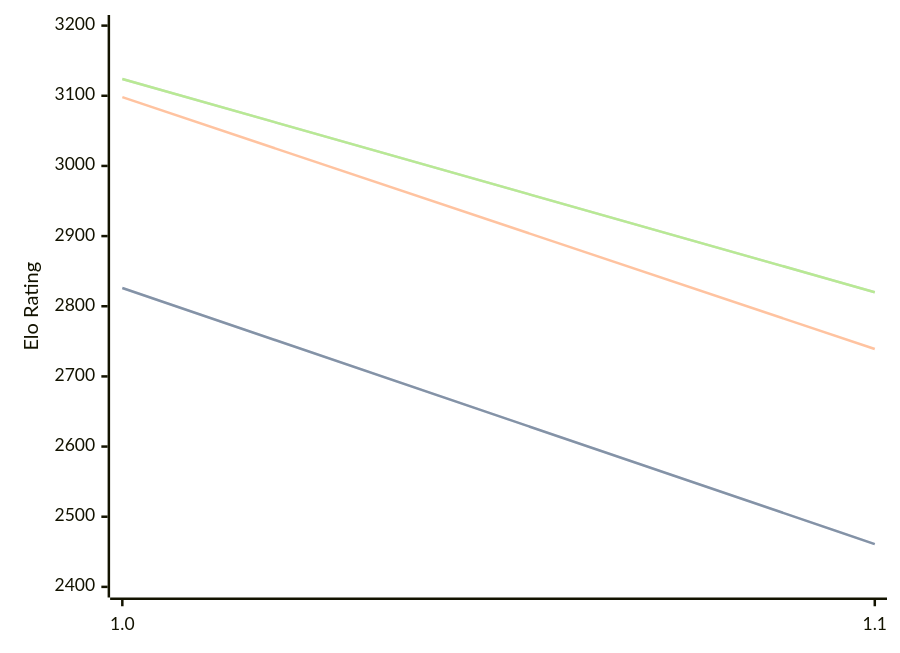
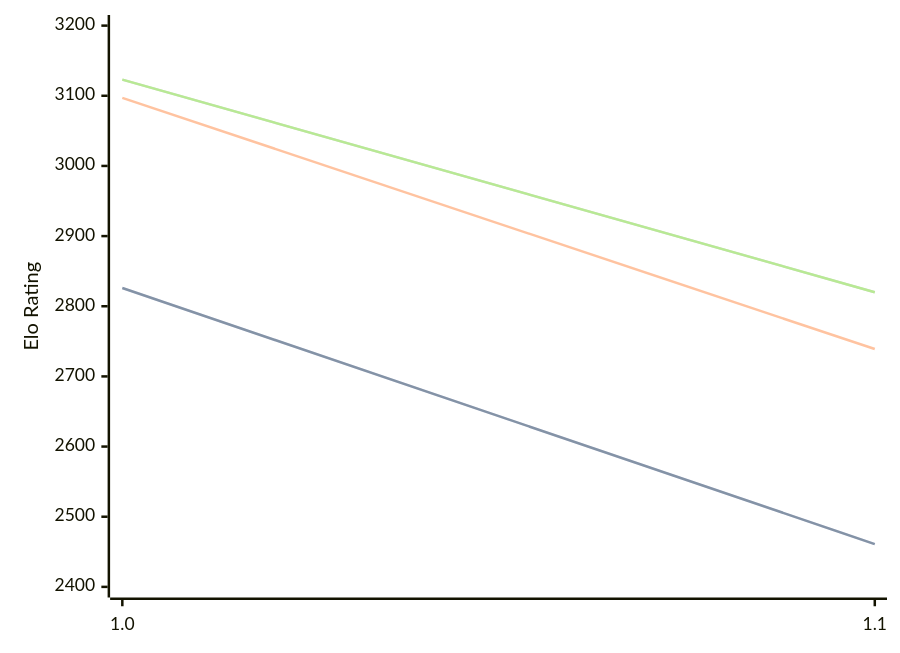
The diagram in engines/Publius.md (computer-chess-index/cci), drawn with Mermaid before and after one commit. The commit also changed other lines of this file, not shown here.

Commit message:
Update CCI Ratings (ELO VLTC) - 2026-07-28

````diff
--- a/engines/Publius.md
+++ b/engines/Publius.md
@@ -32,11 +32,11 @@
 ```mermaid
 %%{init: {"theme":"base","themeVariables":{"seriesColors:['#a3a3a3','#222221','#faa371']}}}%%
 xychart-beta
   x-axis ["1.0", "1.1"]
   y-axis "Elo Rating" 2400 --> 3200
   line "STC (8.0+0.08s)" [2826, 2461]
   line "STC (8.0+0.08s)" [2826, 2461]
-  line "LTC (60.0+0.60s)" [3098, 2739]
-  line "VLTC (2m24s+1.12s)" [3124, 2820]
-  line "VLTC (2m24s+1.12s)" [3124, 2820]
+  line "LTC (60.0+0.60s)" [3097, 2739]
+  line "VLTC (2m24s+1.12s)" [3123, 2820]
+  line "VLTC (2m24s+1.12s)" [3123, 2820]
 ```
````
